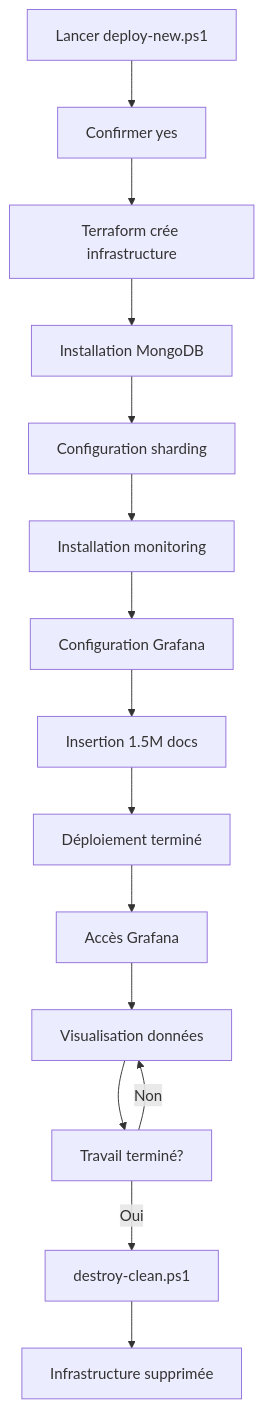
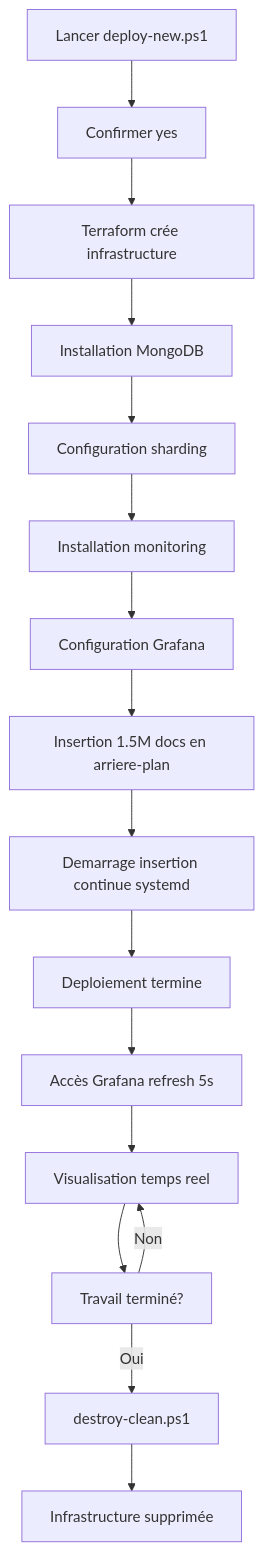
One commit to SAM32ASD/mongodb-cluster changed the diagram in README.md. Above: the diagram before and after it, drawn with Mermaid. The commit also changed other lines of this file and 1 other file, not shown here.

````diff
--- a/README.md
+++ b/README.md
@@ -355,17 +446,18 @@
 ```mermaid
 graph TD
     A[Lancer deploy-new.ps1] --> B[Confirmer yes]
     B --> C[Terraform crée infrastructure]
     C --> D[Installation MongoDB]
     D --> E[Configuration sharding]
     E --> F[Installation monitoring]
     F --> G[Configuration Grafana]
-    G --> H[Insertion 1.5M docs]
-    H --> I[Déploiement terminé]
-    I --> J[Accès Grafana]
-    J --> K[Visualisation données]
-    K --> L[Travail terminé?]
-    L -->|Non| K
-    L -->|Oui| M[destroy-clean.ps1]
-    M --> N[Infrastructure supprimée]
+    G --> H[Insertion 1.5M docs en arriere-plan]
+    H --> I[Demarrage insertion continue systemd]
+    I --> J[Deploiement termine]
+    J --> K[Accès Grafana refresh 5s]
+    K --> L[Visualisation temps reel]
+    L --> M[Travail terminé?]
+    M -->|Non| L
+    M -->|Oui| N[destroy-clean.ps1]
+    N --> O[Infrastructure supprimée]
 ```
````
